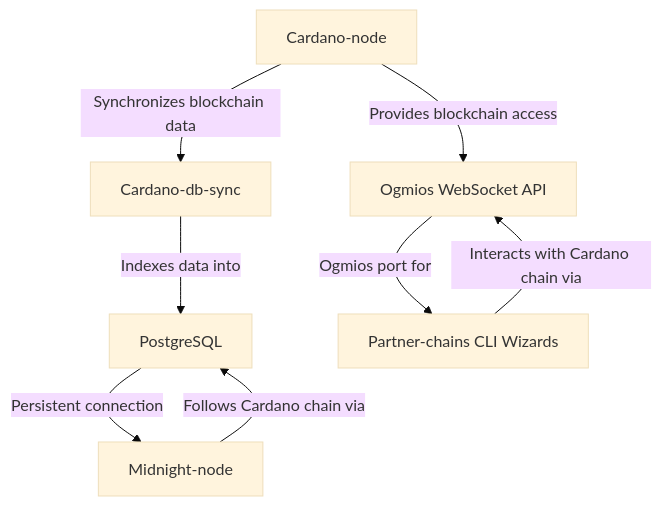
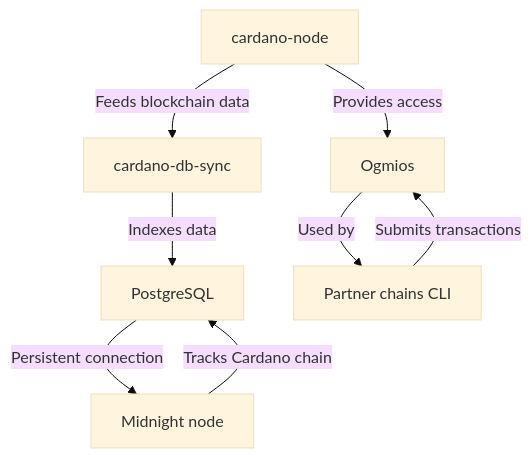
One commit to midnightntwrk/midnight-docs changed the diagram in docs/validate/run-a-validator/step-2.mdx. Above: the diagram before and after it, drawn with Mermaid (base theme). The commit also changed other lines of this file and 2 other files, not shown here.

````diff
--- a/docs/validate/run-a-validator/step-2.mdx
+++ b/docs/validate/run-a-validator/step-2.mdx
@@ -10,10 +5,10 @@
 ```mermaid
 graph TD
-    A[Cardano-node] -->|Synchronizes blockchain data| B[Cardano-db-sync]
-    B -->|Indexes data into| C[PostgreSQL]
-    C -->|Persistent connection| D[Midnight-node]
-    A -->|Provides blockchain access| E[Ogmios WebSocket API]
-    E -->|Ogmios port for| F[Partner-chains CLI Wizards]
-    D -->|Follows Cardano chain via| C
-    F -->|Interacts with Cardano chain via| E
+    CardanoNode[cardano-node] -->|Feeds blockchain data| DbSync[cardano-db-sync]
+    DbSync -->|Indexes data| Postgres[PostgreSQL]
+    Postgres -->|Persistent connection| MidnightNode[Midnight node]
+    CardanoNode -->|Provides access| Ogmios[Ogmios]
+    Ogmios -->|Used by| CLI[Partner chains CLI]
+    MidnightNode -->|Tracks Cardano chain| Postgres
+    CLI -->|Submits transactions| Ogmios
 ```
````
